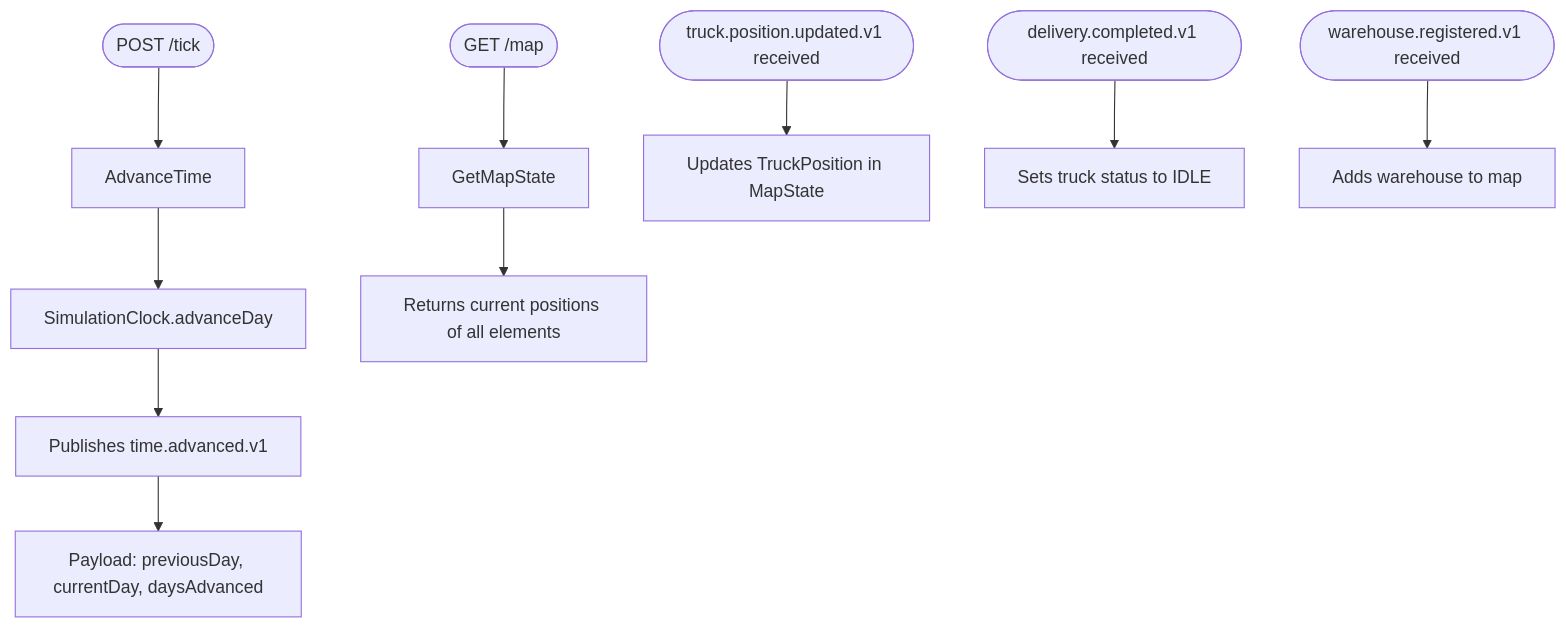
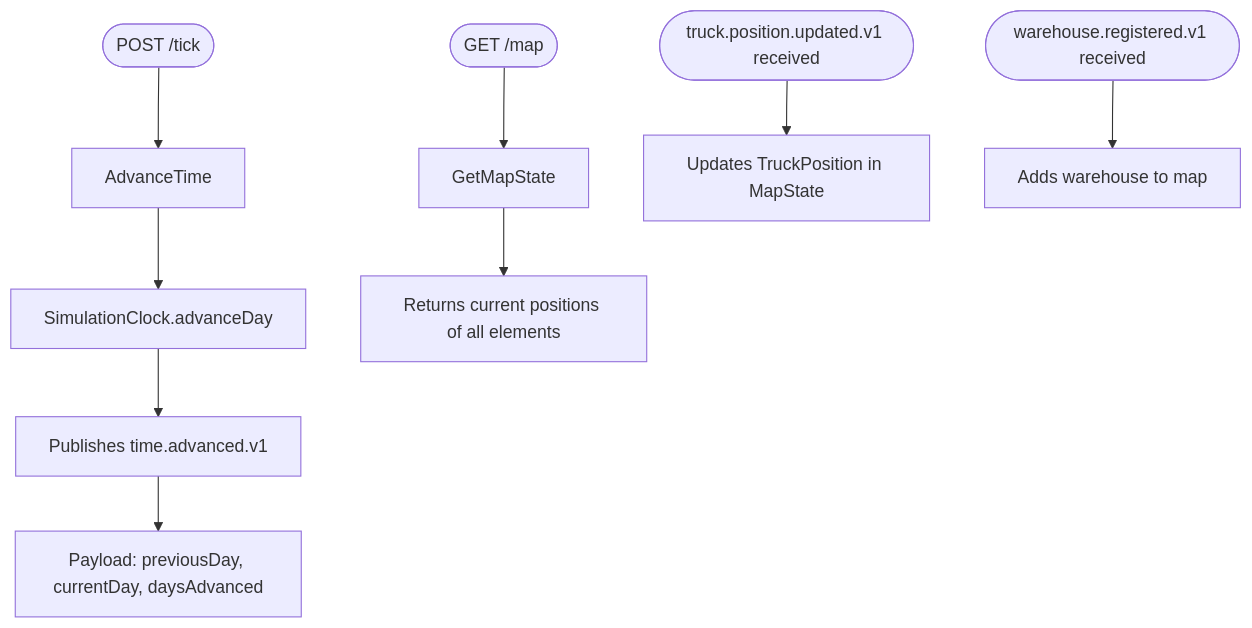
Before and after one commit to PauLopNun/workshop-suministros: the third of 3 diagrams in time/ddd.md, drawn with Mermaid. The commit also changed other lines of this file, not shown here.

Commit message:
docs: Update TruckPosition method signatures and event contracts

````diff
--- a/time/ddd.md
+++ b/time/ddd.md
@@ -69,14 +68,13 @@
 ```mermaid
 flowchart TD
     UC1([POST /tick]) --> A1[AdvanceTime]
     A1 --> A2[SimulationClock.advanceDay]
     A2 --> A3[Publishes time.advanced.v1]
     A3 --> A4[Payload: previousDay, currentDay, daysAdvanced]
 
     UC2([GET /map]) --> B1[GetMapState]
     B1 --> B2[Returns current positions of all elements]
 
     EV1([truck.position.updated.v1 received]) --> C1[Updates TruckPosition in MapState]
-    EV2([delivery.completed.v1 received]) --> C2[Sets truck status to IDLE]
     EV3([warehouse.registered.v1 received]) --> C4[Adds warehouse to map]
 ```
````
